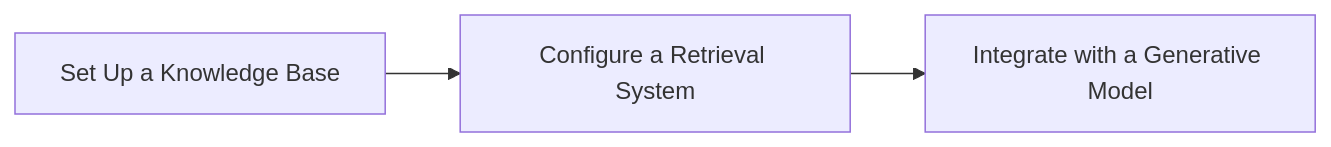
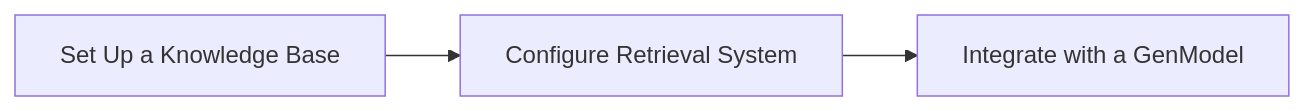
Before and after one commit to MicrosoftCloudEssentials-LearningHub/RAG-ChatBot-Implementation: the first of 2 diagrams in instructions/0_RAG_Overview.md, drawn with Mermaid. The commit also changed other lines of this file, not shown here.

````diff
--- a/instructions/0_RAG_Overview.md
+++ b/instructions/0_RAG_Overview.md
@@ -55,4 +50,4 @@
 ```mermaid
 graph LR
-    A[Set Up a Knowledge Base] --> B[Configure a Retrieval System] --> C[Integrate with a Generative Model]
+    A[Set Up a Knowledge Base] --> B[Configure Retrieval System] --> C[Integrate with a GenModel]
 ```
````
